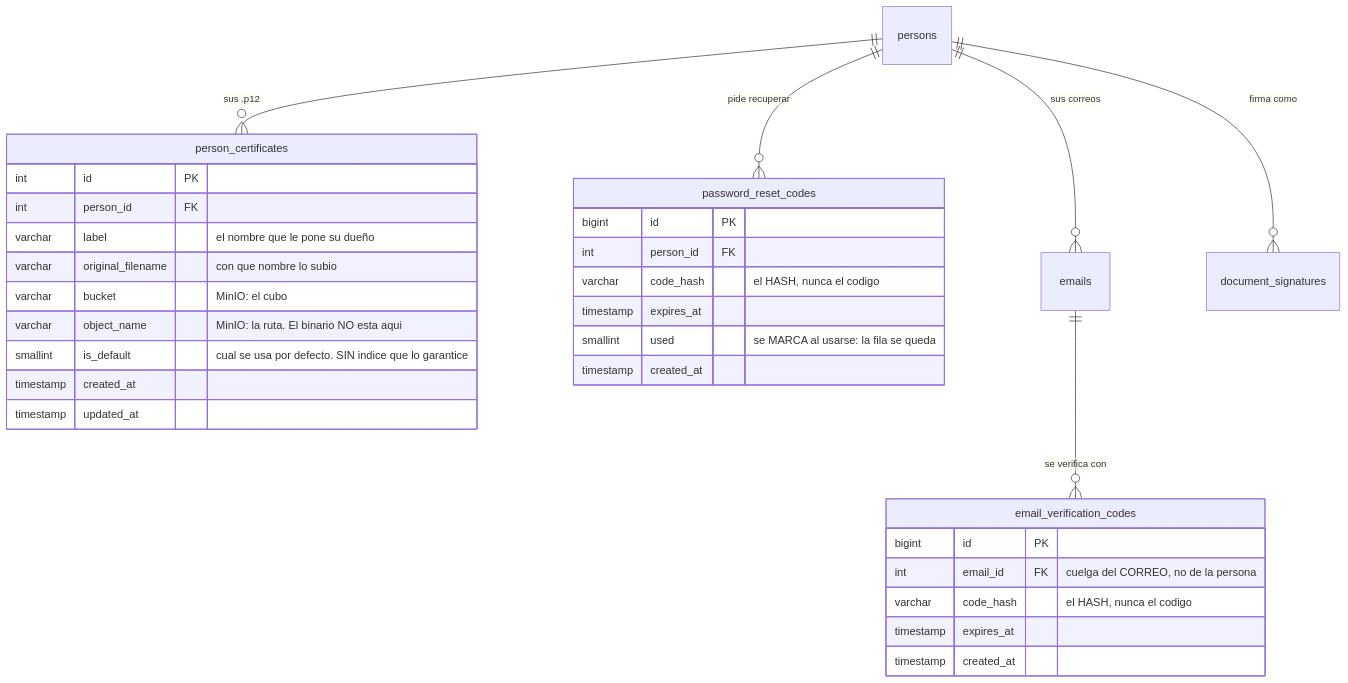
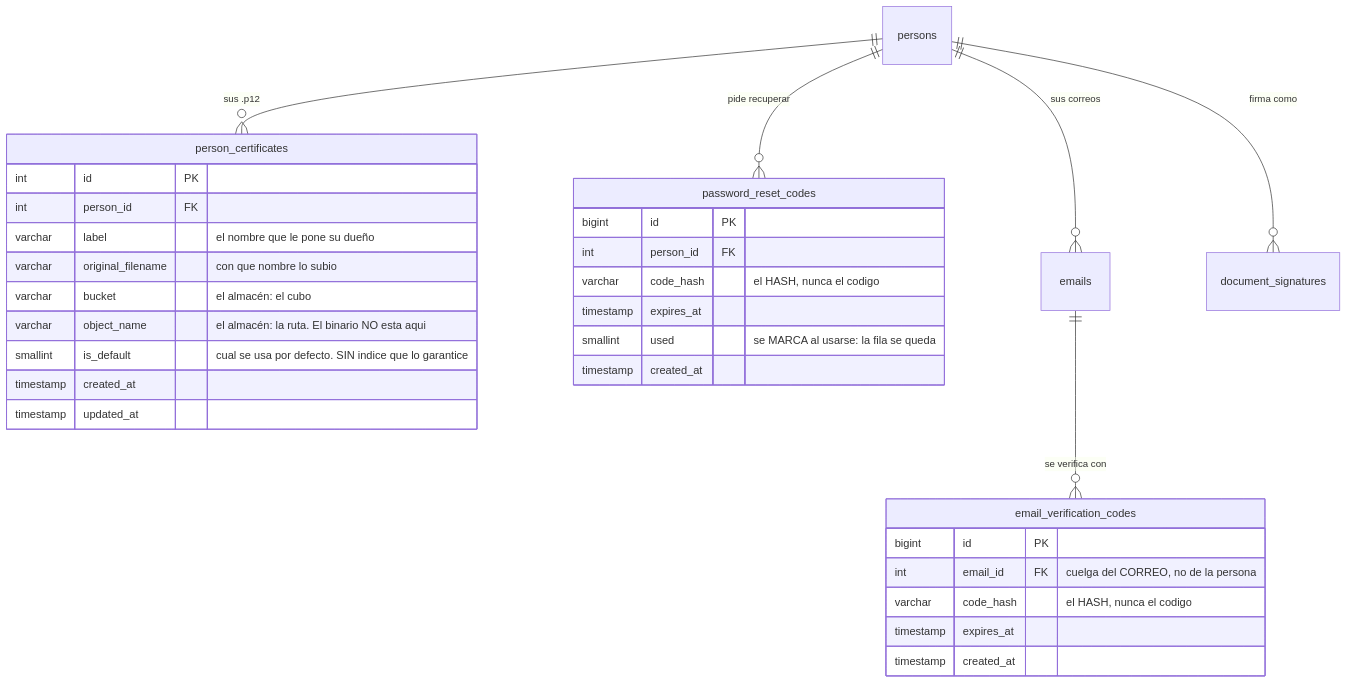
One commit to fresvel/deasy changed the diagram in docs/src/content/docs/complemento/credenciales.md. Above: the diagram before and after it, drawn with Mermaid. The commit also changed other lines of this file and 128 other files, not shown here.

````diff
--- a/docs/src/content/docs/complemento/credenciales.md
+++ b/docs/src/content/docs/complemento/credenciales.md
@@ -90,37 +90,37 @@
 ```mermaid
 erDiagram
   persons ||--o{ person_certificates : "sus .p12"
   persons ||--o{ password_reset_codes : "pide recuperar"
   persons ||--o{ emails : "sus correos"
   emails ||--o{ email_verification_codes : "se verifica con"
   persons ||--o{ document_signatures : "firma como"
 
   person_certificates {
     int id PK
     int person_id FK
     varchar label "el nombre que le pone su dueño"
     varchar original_filename "con que nombre lo subio"
-    varchar bucket "MinIO: el cubo"
-    varchar object_name "MinIO: la ruta. El binario NO esta aqui"
+    varchar bucket "el almacén: el cubo"
+    varchar object_name "el almacén: la ruta. El binario NO esta aqui"
     smallint is_default "cual se usa por defecto. SIN indice que lo garantice"
     timestamp created_at
     timestamp updated_at
   }
 
   email_verification_codes {
     bigint id PK
     int email_id FK "cuelga del CORREO, no de la persona"
     varchar code_hash "el HASH, nunca el codigo"
     timestamp expires_at
     timestamp created_at
   }
 
   password_reset_codes {
     bigint id PK
     int person_id FK
     varchar code_hash "el HASH, nunca el codigo"
     timestamp expires_at
     smallint used "se MARCA al usarse: la fila se queda"
     timestamp created_at
   }
 ```
````
